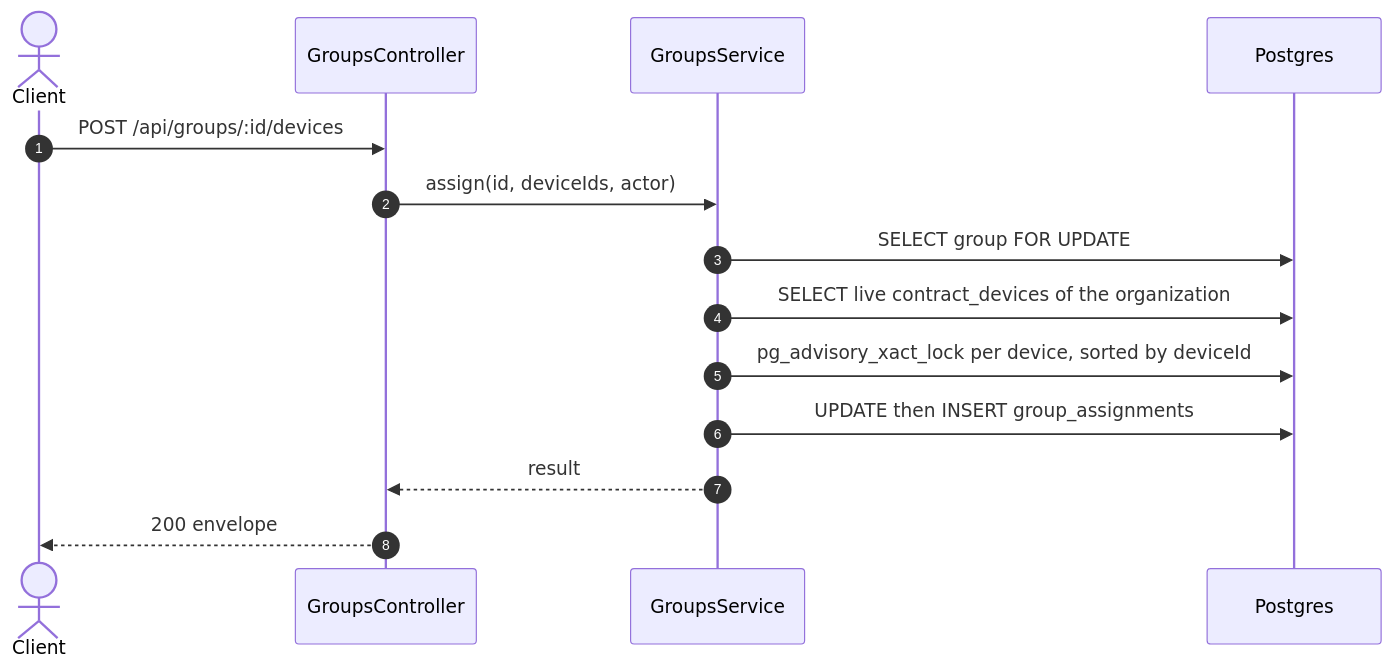
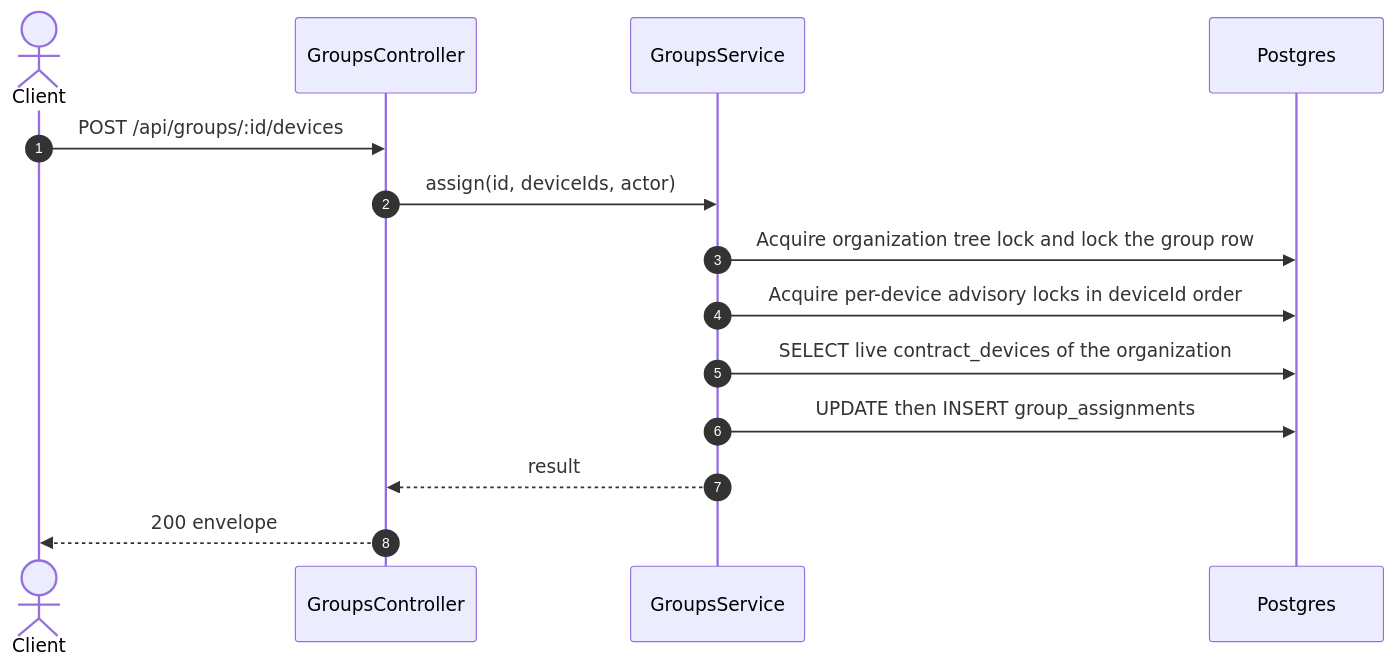
Before and after one commit to TrekLink-Team/treklink-web: the second of 2 diagrams in specs/rentals/api-design/26-post-groups-id-devices.md, drawn with Mermaid. The commit also changed other lines of this file and 28 other files, not shown here.

````diff
--- a/specs/rentals/api-design/26-post-groups-id-devices.md
+++ b/specs/rentals/api-design/26-post-groups-id-devices.md
@@ -235,16 +210,16 @@
 ```mermaid
 sequenceDiagram
     autonumber
     actor C as Client
     participant Ctl as GroupsController
     participant Svc as GroupsService
     participant DB as Postgres
     C->>Ctl: POST /api/groups/:id/devices
     Ctl->>Svc: assign(id, deviceIds, actor)
-    Svc->>DB: SELECT group FOR UPDATE
+    Svc->>DB: Acquire organization tree lock and lock the group row
+    Svc->>DB: Acquire per-device advisory locks in deviceId order
     Svc->>DB: SELECT live contract_devices of the organization
-    Svc->>DB: pg_advisory_xact_lock per device, sorted by deviceId
     Svc->>DB: UPDATE then INSERT group_assignments
     Svc-->>Ctl: result
     Ctl-->>C: 200 envelope
 ```
````
